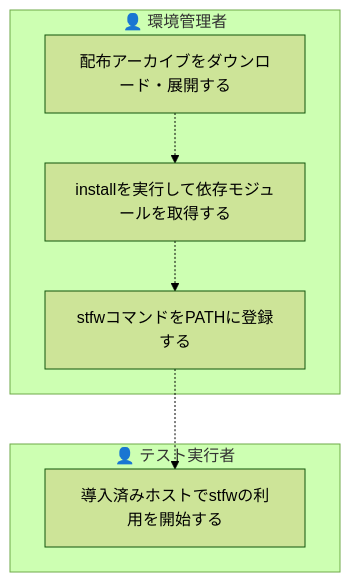
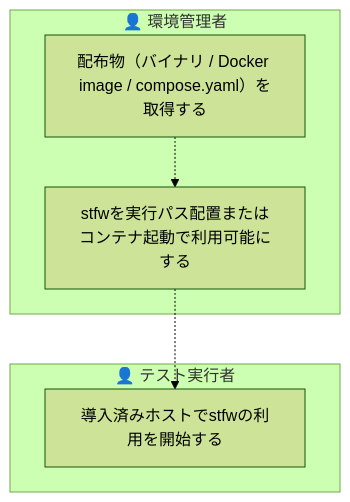
The first of 8 diagrams in docs/rdra/latest/views/03_業務フロー.md (scenario-test-framework/stfw), drawn with Mermaid (forest theme) before and after one commit. The commit also changed other lines of this file and 22 other files, not shown here.

First line of the commit message:
docs(requirements): v1.0 リアーキテクティングを USDM/RDRA に反映 (event: 20260708_084933_v1_rearchitecting)

````diff
--- a/docs/rdra/latest/views/03_業務フロー.md
+++ b/docs/rdra/latest/views/03_業務フロー.md
@@ -12,14 +12,12 @@
 ```mermaid
 graph TD
   subgraph LN1["👤 環境管理者"]
-    AT1["配布アーカイブをダウンロード・展開する"]
-    AT2["installを実行して依存モジュールを取得する"]
-    AT3["stfwコマンドをPATHに登録する"]
+    AT1["配布物（バイナリ / Docker image / compose.yaml）を取得する"]
+    AT2["stfwを実行パス配置またはコンテナ起動で利用可能にする"]
   end
   subgraph LN2["👤 テスト実行者"]
-    AT4["導入済みホストでstfwの利用を開始する"]
+    AT3["導入済みホストでstfwの利用を開始する"]
   end
   AT1 -.-> AT2
   AT2 -.-> AT3
-  AT3 -.-> AT4
 ```
````
